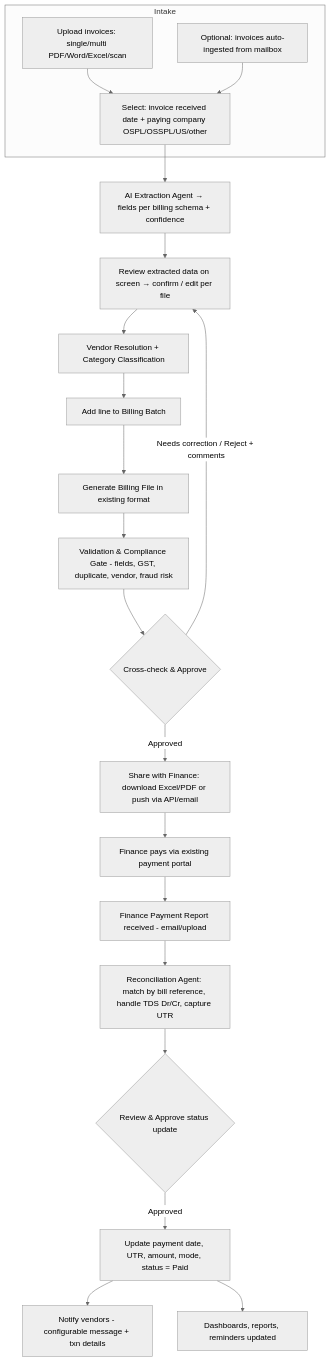
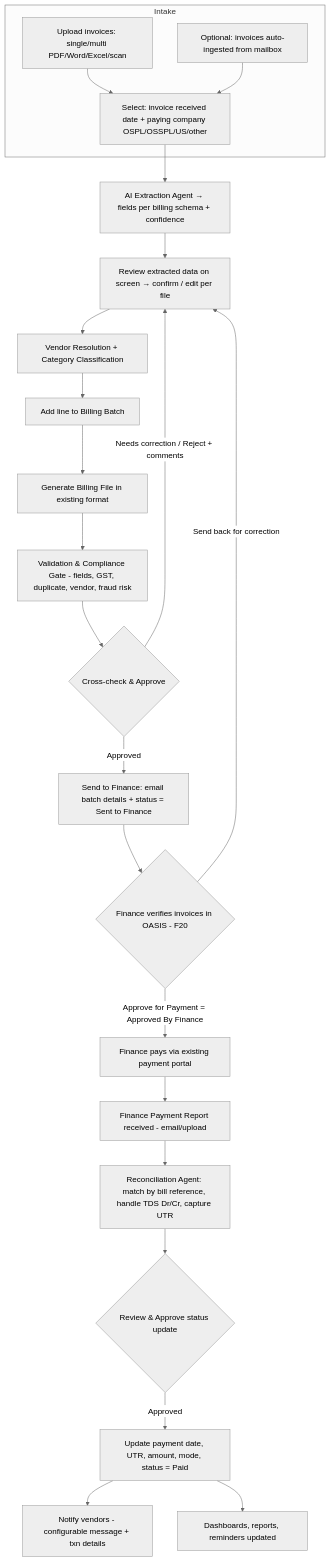
Before and after one commit to nileshpardeshi/oasis: the second of 7 diagrams in invoice.md, drawn with Mermaid (neutral theme). The commit also changed other lines of this file and 12 other files, not shown here.

First line of the commit message:
Invoicing: Finance workflow, payment-cycle fields, Batch Report

````diff
--- a/invoice.md
+++ b/invoice.md
@@ -89,23 +89,25 @@
 ```mermaid
 flowchart TB
   subgraph Intake
     U1[Upload invoices: single/multi PDF/Word/Excel/scan] --> U2[Select: invoice received date + paying company OSPL/OSSPL/US/other]
     EM[Optional: invoices auto-ingested from mailbox] --> U2
   end
   U2 --> EX[AI Extraction Agent → fields per billing schema + confidence]
   EX --> RV[Review extracted data on screen → confirm / edit per file]
   RV --> VEN[Vendor Resolution + Category Classification]
   VEN --> BB[Add line to Billing Batch]
   BB --> GEN[Generate Billing File in existing format]
   GEN --> VAL[Validation & Compliance Gate - fields, GST, duplicate, vendor, fraud risk]
   VAL --> AP1{Cross-check & Approve}
   AP1 -->|Needs correction / Reject + comments| RV
-  AP1 -->|Approved| SF[Share with Finance: download Excel/PDF or push via API/email]
-  SF --> FP[Finance pays via existing payment portal]
+  AP1 -->|Approved| SF[Send to Finance: email batch details + status = Sent to Finance]
+  SF --> FREV{Finance verifies invoices in OASIS - F20}
+  FREV -->|Send back for correction| RV
+  FREV -->|Approve for Payment = Approved By Finance| FP[Finance pays via existing payment portal]
   FP --> PR[Finance Payment Report received - email/upload]
   PR --> REC[Reconciliation Agent: match by bill reference, handle TDS Dr/Cr, capture UTR]
   REC --> AP2{Review & Approve status update}
   AP2 -->|Approved| ST[Update payment date, UTR, amount, mode, status = Paid]
   ST --> NT[Notify vendors - configurable message + txn details]
   ST --> DASH[Dashboards, reports, reminders updated]
 ```
````
